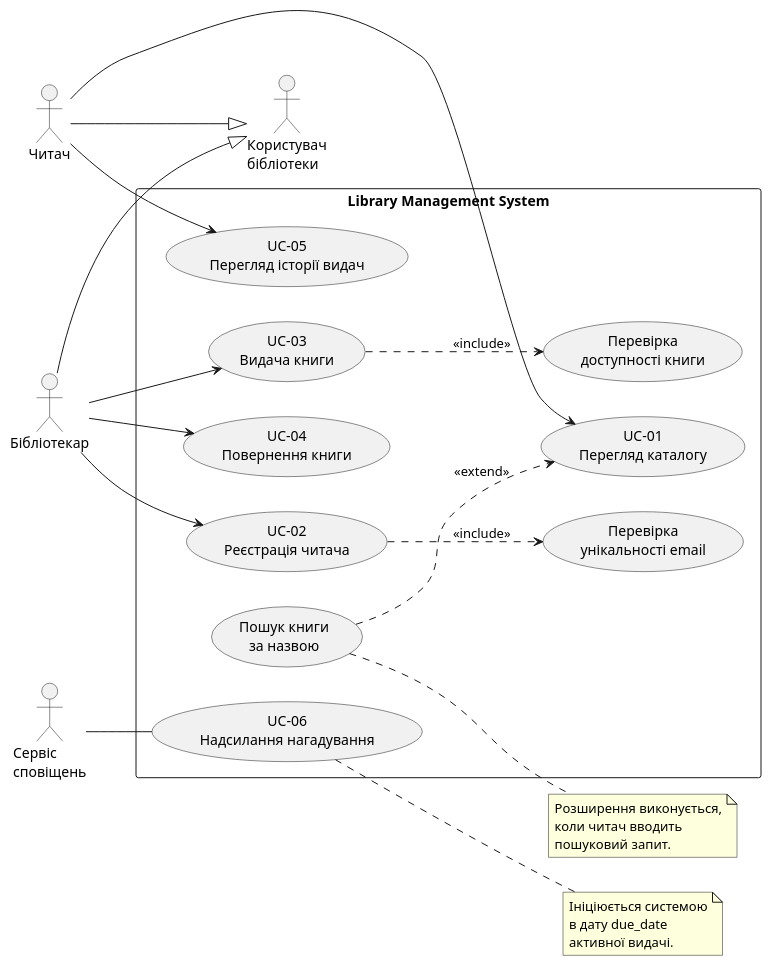
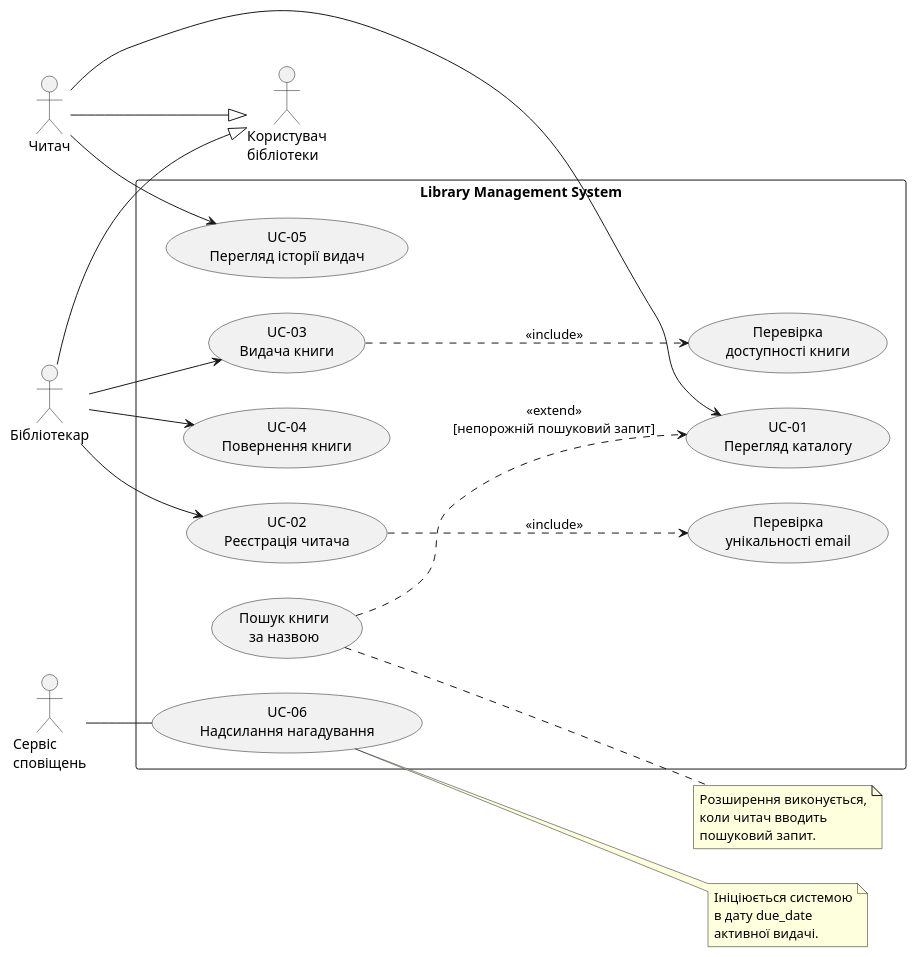
One commit to xdddd1234/lab2 changed the diagram in use-cases.puml. Above: the diagram before and after it, drawn with PlantUML.

Commit message:
docs: clarify use case extension condition

```diff
--- a/use-cases.puml
+++ b/use-cases.puml
@@ -2,51 +2,51 @@
 @startuml
 left to right direction
 skinparam packageStyle rectangle
 
 actor "Користувач\nбібліотеки" as User
 actor "Читач" as Reader
 actor "Бібліотекар" as Librarian
 actor "Сервіс\nсповіщень" as Notify
 
 Reader --|> User
 Librarian --|> User
 
 rectangle "Library Management System" {
   usecase "UC-01\nПерегляд каталогу" as UC01
   usecase "UC-02\nРеєстрація читача" as UC02
   usecase "UC-03\nВидача книги" as UC03
   usecase "UC-04\nПовернення книги" as UC04
   usecase "UC-05\nПерегляд історії видач" as UC05
   usecase "UC-06\nНадсилання нагадування" as UC06
 
   usecase "Пошук книги\nза назвою" as Search
   usecase "Перевірка\nдоступності книги" as Availability
   usecase "Перевірка\nунікальності email" as Email
 }
 
 Reader --> UC01
 Reader --> UC05
 
 Librarian --> UC02
 Librarian --> UC03
 Librarian --> UC04
 
 Notify -- UC06
 
 UC03 ..> Availability : <<include>>
 UC02 ..> Email : <<include>>
-Search ..> UC01 : <<extend>>
+Search ..> UC01 : <<extend>>\n[непорожній пошуковий запит]
 
 note right of Search
   Розширення виконується,
   коли читач вводить
   пошуковий запит.
 end note
 
 note right of UC06
   Ініціюється системою
   в дату due_date
   активної видачі.
 end note
 
 @enduml
```
